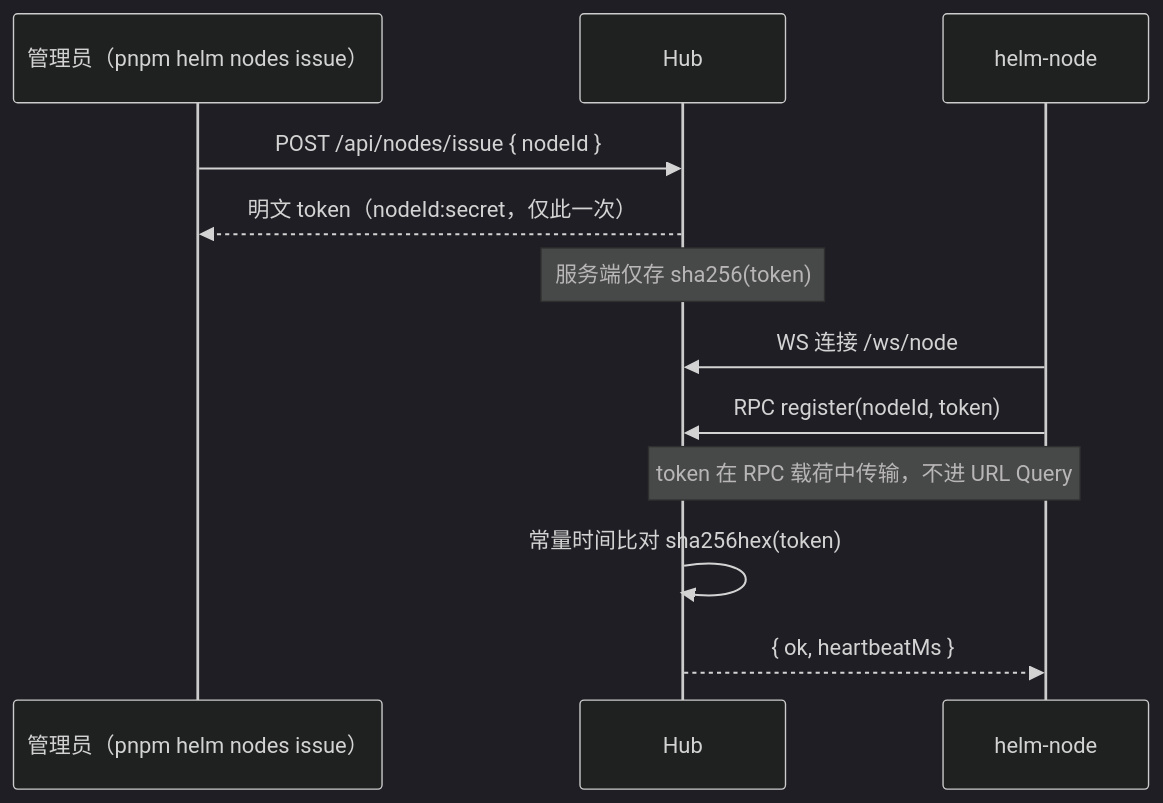
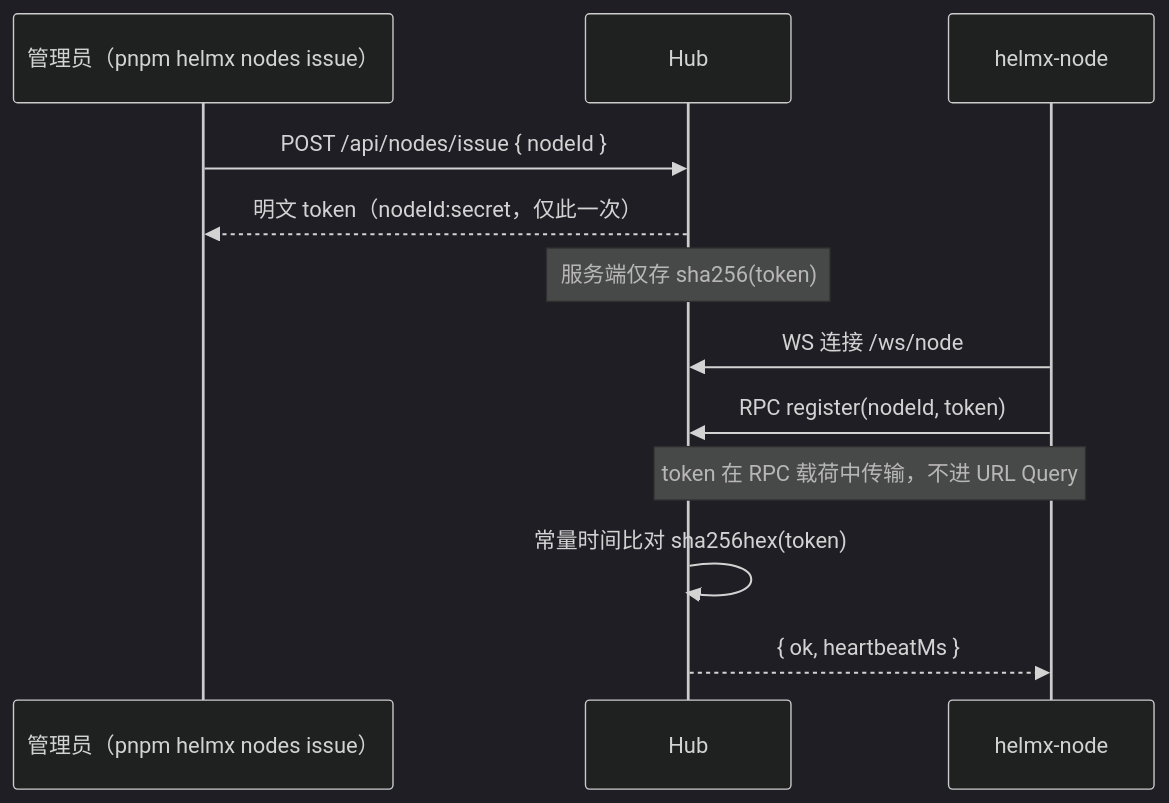
Before and after one commit to team4u/helm: the second of 4 diagrams in docs/architecture/envfabric.md, drawn with Mermaid (dark theme). The commit also changed other lines of this file and 34 other files, not shown here.

````diff
--- a/docs/architecture/envfabric.md
+++ b/docs/architecture/envfabric.md
@@ -50,15 +50,15 @@
 ```mermaid
 sequenceDiagram
-    participant Admin as 管理员（pnpm helm nodes issue）
+    participant Admin as 管理员（pnpm helmx nodes issue）
     participant Hub as Hub
-    participant Node as helm-node
+    participant Node as helmx-node
 
     Admin->>Hub: POST /api/nodes/issue { nodeId }
     Hub-->>Admin: 明文 token（nodeId:secret，仅此一次）
     Note over Hub: 服务端仅存 sha256(token)
     Node->>Hub: WS 连接 /ws/node
     Node->>Hub: RPC register(nodeId, token)
     Note over Node,Hub: token 在 RPC 载荷中传输，不进 URL Query
     Hub->>Hub: 常量时间比对 sha256hex(token)
     Hub-->>Node: { ok, heartbeatMs }
 ```
````
